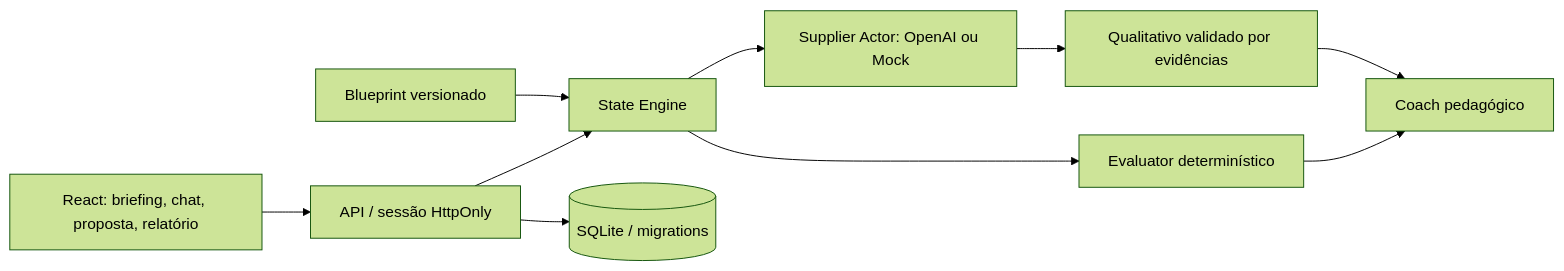
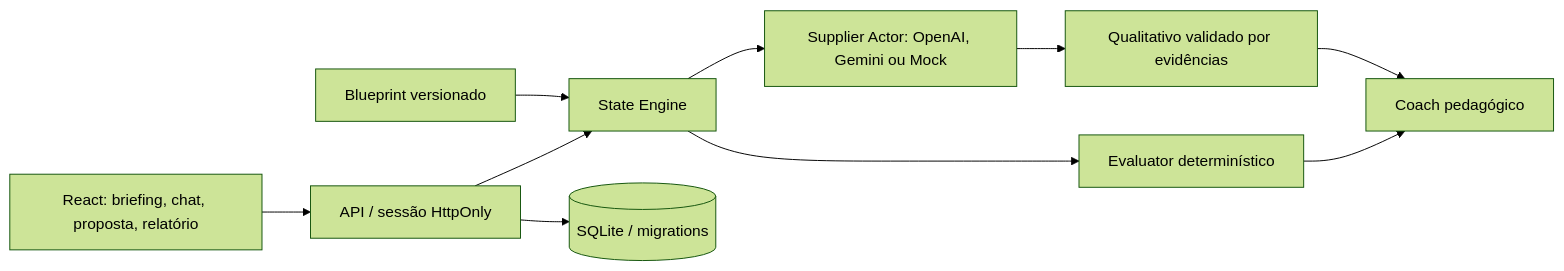
One commit to hugofonseca-lab/Buyerlab changed the diagram in docs/architecture.md. Above: the diagram before and after it, drawn with Mermaid (forest theme). The commit also changed other lines of this file and 17 other files, not shown here.

````diff
--- a/docs/architecture.md
+++ b/docs/architecture.md
@@ -7,12 +7,12 @@
 ```mermaid
 flowchart LR
   UI[React: briefing, chat, proposta, relatório] --> API[API / sessão HttpOnly]
   API --> Engine[State Engine]
   Blueprint[Blueprint versionado] --> Engine
-  Engine --> Actor[Supplier Actor: OpenAI ou Mock]
+  Engine --> Actor[Supplier Actor: OpenAI, Gemini ou Mock]
   Engine --> Evaluator[Evaluator determinístico]
   Actor --> Qual[Qualitativo validado por evidências]
   Evaluator --> Coach[Coach pedagógico]
   Qual --> Coach
   API --> DB[(SQLite / migrations)]
 ```
````
